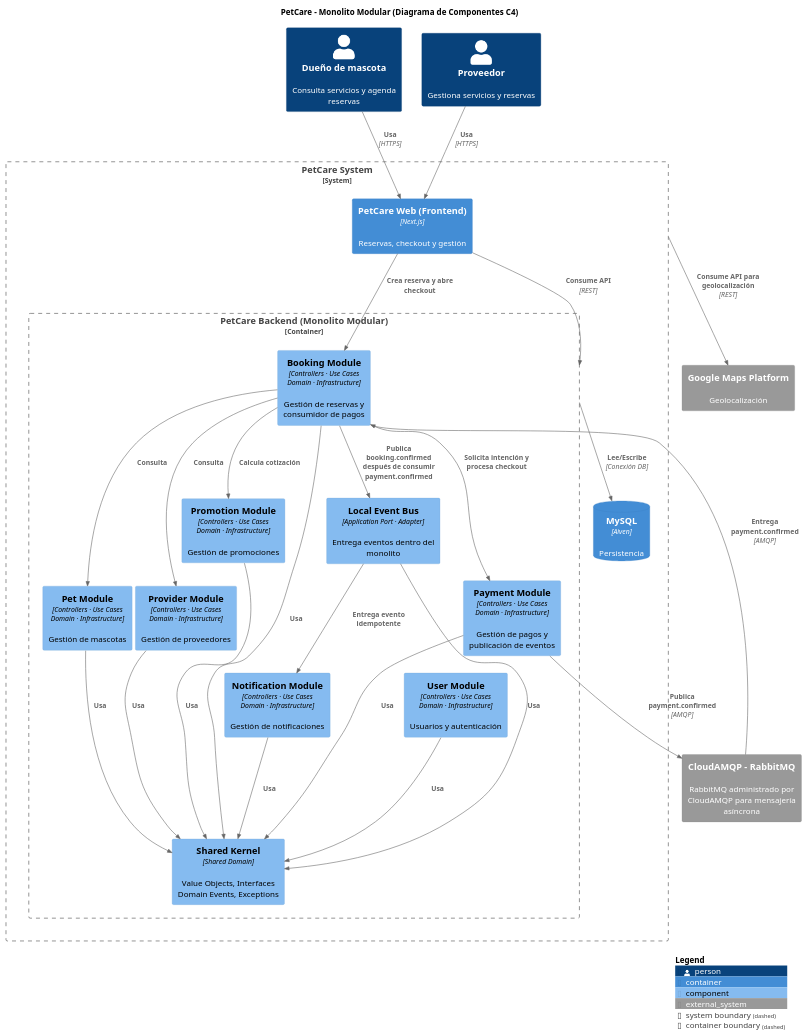
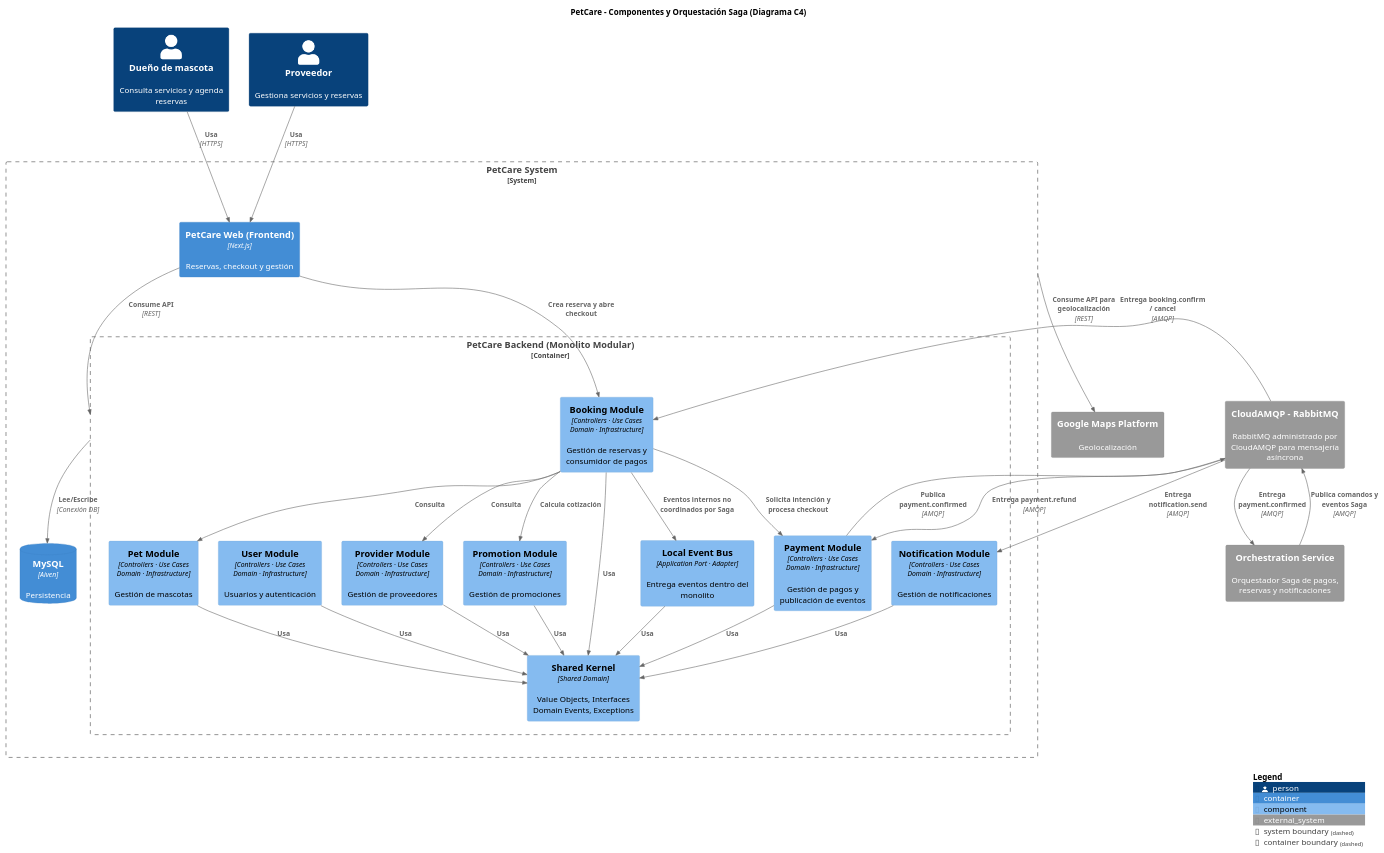
Before and after one commit to guissLib/petcare-backend: the diagram in Diagrams/03-components.puml, drawn with PlantUML. The commit also changed 25 other files, not shown here.

```diff
--- a/Diagrams/03-components.puml
+++ b/Diagrams/03-components.puml
@@ -1,118 +1,121 @@
 @startuml
 
 !include https://raw.githubusercontent.com/plantuml-stdlib/C4-PlantUML/master/C4_Component.puml
 
-title PetCare - Monolito Modular (Diagrama de Componentes C4)
+title PetCare - Componentes y Orquestación Saga (Diagrama C4)
 
 Person(owner, "Dueño de mascota", "Consulta servicios y agenda reservas")
 Person(providerUser, "Proveedor", "Gestiona servicios y reservas")
 
 System_Boundary(petcare, "PetCare System") {
 
     Container(web, "PetCare Web (Frontend)", "Next.js", "Reservas, checkout y gestión")
 
     Container_Boundary(backend, "PetCare Backend (Monolito Modular)") {
 
         Component(booking, "Booking Module", "Controllers · Use Cases\nDomain · Infrastructure", "Gestión de reservas y consumidor de pagos")
 
         Component(payment, "Payment Module", "Controllers · Use Cases\nDomain · Infrastructure", "Gestión de pagos y publicación de eventos")
 
         Component(user, "User Module", "Controllers · Use Cases\nDomain · Infrastructure", "Usuarios y autenticación")
 
         Component(pet, "Pet Module", "Controllers · Use Cases\nDomain · Infrastructure", "Gestión de mascotas")
 
         Component(provider, "Provider Module", "Controllers · Use Cases\nDomain · Infrastructure", "Gestión de proveedores")
 
         Component(notification, "Notification Module", "Controllers · Use Cases\nDomain · Infrastructure", "Gestión de notificaciones")
 
         Component(promotion, "Promotion Module", "Controllers · Use Cases\nDomain · Infrastructure", "Gestión de promociones")
 
         Component(shared, "Shared Kernel", "Shared Domain", "Value Objects, Interfaces\nDomain Events, Exceptions")
 
         Component(eventBus, "Local Event Bus", "Application Port · Adapter", "Entrega eventos dentro del monolito")
     }
 
     ContainerDb(database, "MySQL", "Aiven", "Persistencia")
 }
 
 System_Ext(maps, "Google Maps Platform", "Geolocalización")
 
 System_Ext(rabbitmq, "CloudAMQP - RabbitMQ", "RabbitMQ administrado por CloudAMQP para mensajería asíncrona")
+System_Ext(orchestrator, "Orchestration Service", "Orquestador Saga de pagos, reservas y notificaciones")
 
 
 ' =========================================================
 ' 1. Flujo de entrada de usuarios
 ' =========================================================
 
 Rel(owner, web, "Usa", "HTTPS")
 Rel(providerUser, web, "Usa", "HTTPS")
 
 
 ' =========================================================
 ' 2. Web a Backend
 ' =========================================================
 
 Rel(web, backend, "Consume API", "REST")
 
 
 ' =========================================================
 ' 3. Comunicación interna
 ' =========================================================
 
 Rel(web, booking, "Crea reserva y abre checkout")
 
 Rel(booking, payment, "Solicita intención y procesa checkout")
 
 Rel(booking, pet, "Consulta")
 Rel(booking, provider, "Consulta")
 Rel(booking, promotion, "Calcula cotización")
 
 
 ' =========================================================
 ' 4. Mensajería asíncrona mediante RabbitMQ / CloudAMQP
 ' =========================================================
 
 Rel(payment, rabbitmq, "Publica payment.confirmed", "AMQP")
-
-Rel(rabbitmq, booking, "Entrega payment.confirmed", "AMQP")
+Rel(rabbitmq, orchestrator, "Entrega payment.confirmed", "AMQP")
+Rel(orchestrator, rabbitmq, "Publica comandos y eventos Saga", "AMQP")
+Rel(rabbitmq, booking, "Entrega booking.confirm / cancel", "AMQP")
+Rel(rabbitmq, notification, "Entrega notification.send", "AMQP")
+Rel(rabbitmq, payment, "Entrega payment.refund", "AMQP")
 
 
 ' =========================================================
 ' 5. Event Bus local para eventos internos
 ' =========================================================
 
-Rel(booking, eventBus, "Publica booking.confirmed después de consumir payment.confirmed")
-Rel(eventBus, notification, "Entrega evento idempotente")
+Rel(booking, eventBus, "Eventos internos no coordinados por Saga")
 
 
 ' =========================================================
 ' 6. Dependencias al Shared Kernel
 ' =========================================================
 
 Rel(booking, shared, "Usa")
 Rel(payment, shared, "Usa")
 Rel(user, shared, "Usa")
 Rel(pet, shared, "Usa")
 Rel(provider, shared, "Usa")
 Rel(notification, shared, "Usa")
 Rel(promotion, shared, "Usa")
 Rel(eventBus, shared, "Usa")
 
 
 ' =========================================================
 ' 7. Backend a Base de Datos
 ' =========================================================
 
 Rel(backend, database, "Lee/Escribe", "Conexión DB")
 
 
 ' =========================================================
 ' 8. Salida al Sistema Externo
 ' =========================================================
 
 Rel(petcare, maps, "Consume API para geolocalización", "REST")
 
 
 SHOW_LEGEND()
 
 @enduml
```
